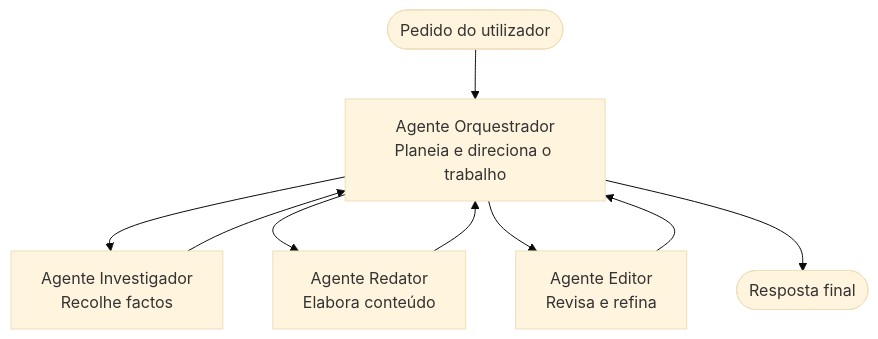
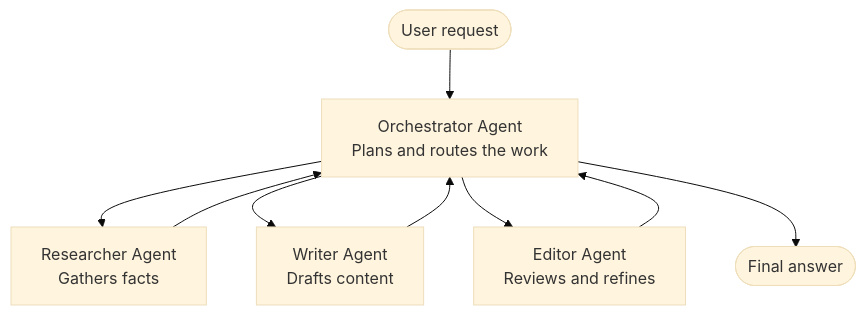
One commit to microsoft/AZD-for-beginners changed the diagram in translations/pt-PT/docs/chapter-05-multi-agent/multi-agent-basics.md. Above: the diagram before and after it, drawn with Mermaid (base theme). The commit also changed other lines of this file and 145 other files, not shown here.

````diff
--- a/translations/pt-PT/docs/chapter-05-multi-agent/multi-agent-basics.md
+++ b/translations/pt-PT/docs/chapter-05-multi-agent/multi-agent-basics.md
@@ -43,11 +43,11 @@
 ```mermaid
 graph TD
-    User([Pedido do utilizador]) --> Orchestrator[Agente Orquestrador<br/>Planeia e direciona o trabalho]
-    Orchestrator --> Researcher[Agente Investigador<br/>Recolhe factos]
-    Orchestrator --> Writer[Agente Redator<br/>Elabora conteúdo]
-    Orchestrator --> Editor[Agente Editor<br/>Revisa e refina]
+    User([User request]) --> Orchestrator[Orchestrator Agent<br/>Plans and routes the work]
+    Orchestrator --> Researcher[Researcher Agent<br/>Gathers facts]
+    Orchestrator --> Writer[Writer Agent<br/>Drafts content]
+    Orchestrator --> Editor[Editor Agent<br/>Reviews and refines]
     Researcher --> Orchestrator
     Writer --> Orchestrator
     Editor --> Orchestrator
-    Orchestrator --> Result([Resposta final])
+    Orchestrator --> Result([Final answer])
 ```
````
